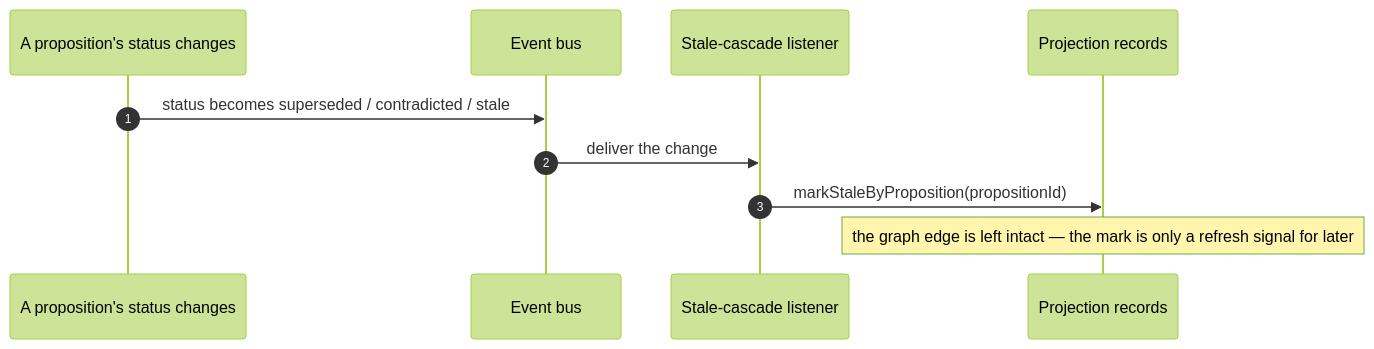
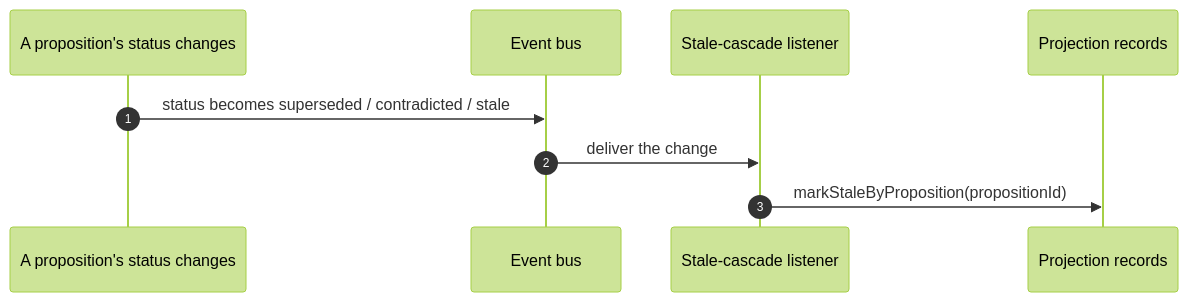
One commit to embabel/dice changed the fourth of 4 diagrams in docs/design/graph-projection.md. Above: the diagram before and after it, drawn with Mermaid (forest theme). The commit also changed other lines of this file and 19 other files, not shown here.

````diff
--- a/docs/design/graph-projection.md
+++ b/docs/design/graph-projection.md
@@ -162,12 +188,11 @@
 ```mermaid
 sequenceDiagram
     autonumber
     participant Life as A proposition's status changes
     participant Bus as Event bus
     participant Cascade as Stale-cascade listener
     participant Records as Projection records
     Life->>Bus: status becomes superseded / contradicted / stale
     Bus->>Cascade: deliver the change
     Cascade->>Records: markStaleByProposition(propositionId)
-    Note over Records: the graph edge is left intact — the mark is only a refresh signal for later
 ```
````
